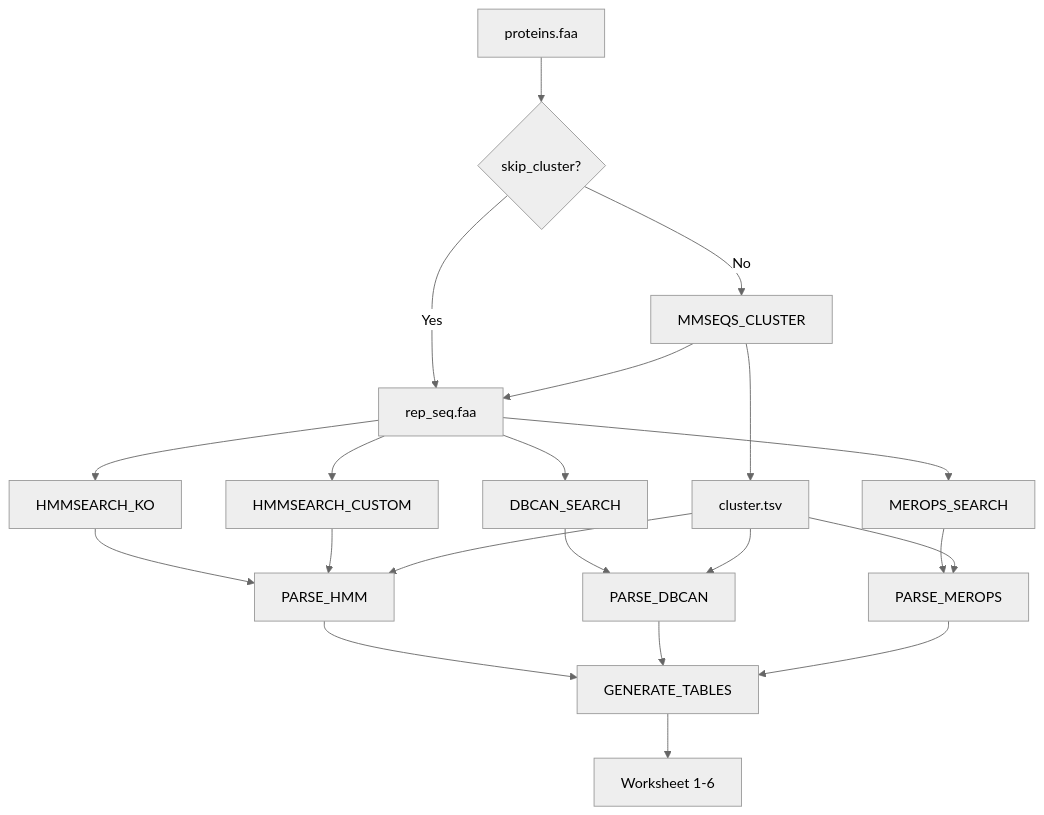
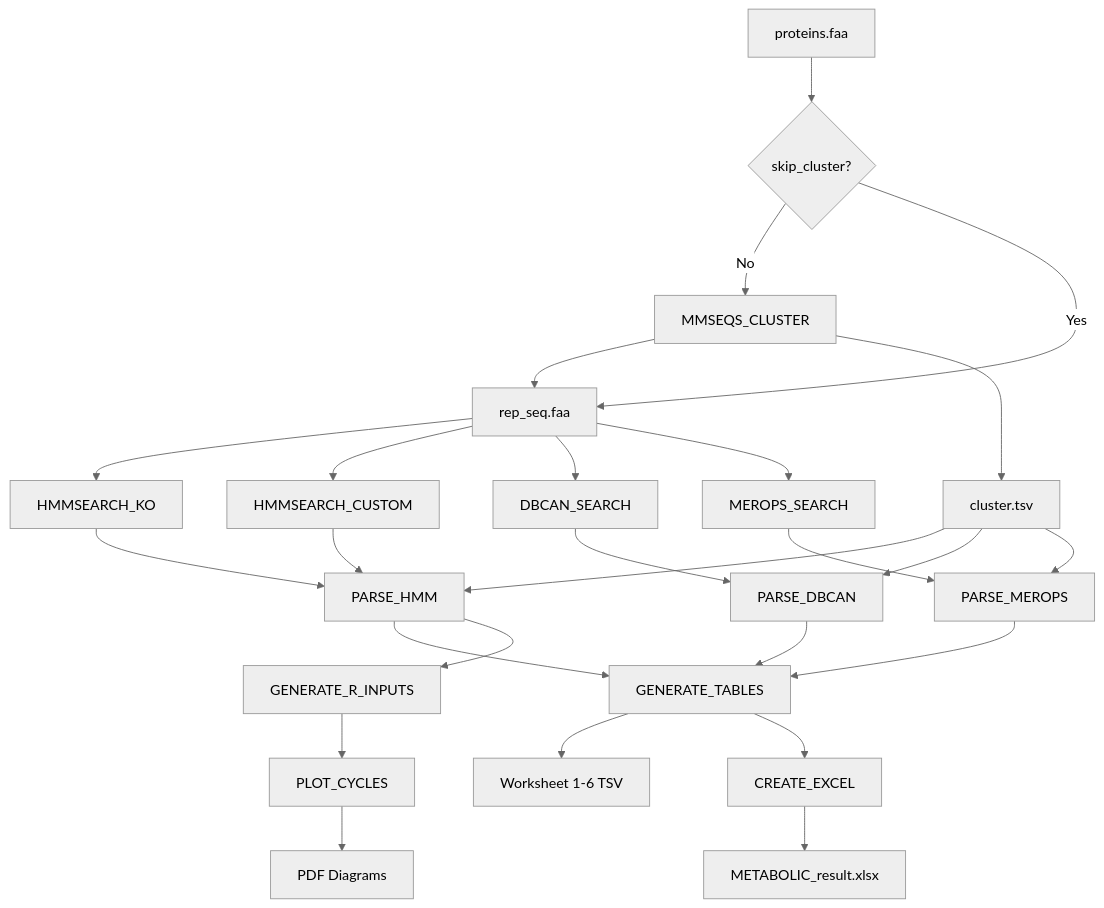
The diagram in nextflow_impl/README.md (rujinlong/METABOLIC), drawn with Mermaid (neutral theme) before and after one commit. The commit also changed other lines of this file and 5 other files, not shown here.

````diff
--- a/nextflow_impl/README.md
+++ b/nextflow_impl/README.md
@@ -197,27 +197,33 @@
 ```mermaid
 graph TD
     A[proteins.faa] --> B{skip_cluster?}
     B -->|No| C[MMSEQS_CLUSTER]
     B -->|Yes| D[proteins]
     C --> D[rep_seq.faa]
     C --> E[cluster.tsv]
     
     D --> F[HMMSEARCH_KO]
     D --> G[HMMSEARCH_CUSTOM]
     D --> H[DBCAN_SEARCH]
     D --> I[MEROPS_SEARCH]
     
     F --> J[PARSE_HMM]
     G --> J
     E --> J
     H --> K[PARSE_DBCAN]
     E --> K
     I --> L[PARSE_MEROPS]
     E --> L
     
     J --> M[GENERATE_TABLES]
     K --> M
     L --> M
     
-    M --> N[Worksheet 1-6]
+    M --> N[Worksheet 1-6 TSV]
+    M --> O[CREATE_EXCEL]
+    O --> P[METABOLIC_result.xlsx]
+    
+    J --> Q[GENERATE_R_INPUTS]
+    Q --> R[PLOT_CYCLES]
+    R --> S[PDF Diagrams]
 ```
````
